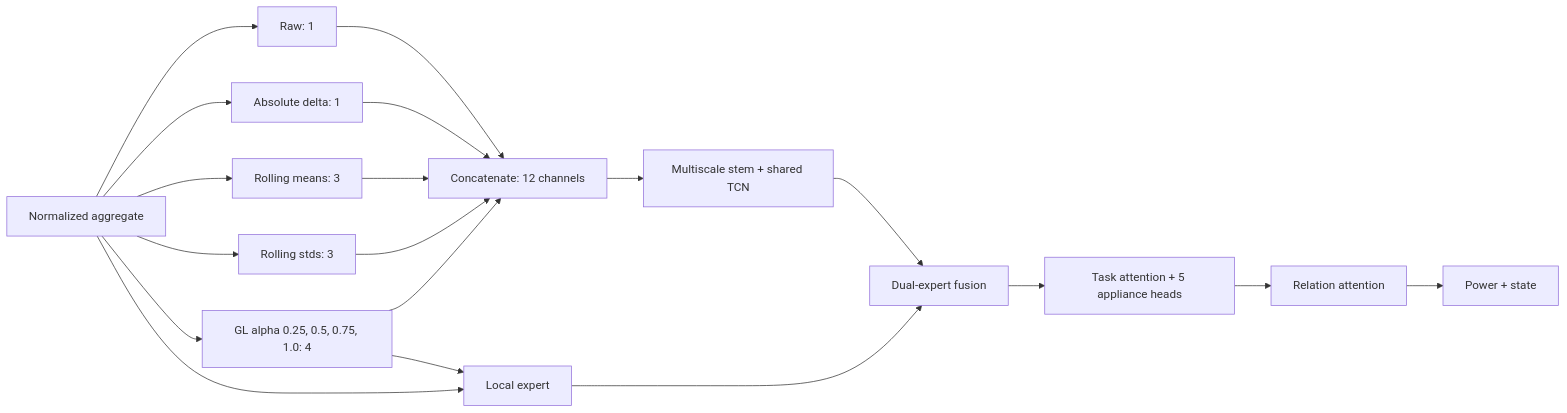
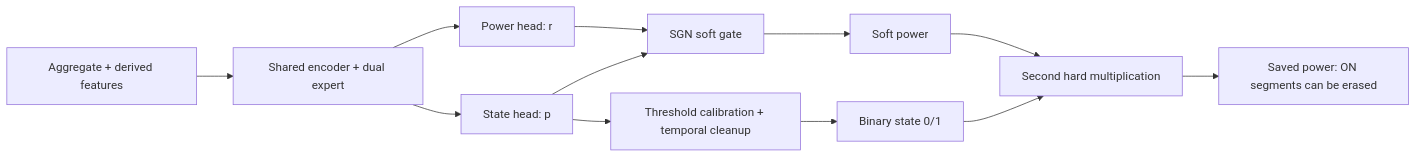
The first of 2 diagrams in multi_appliances_NILM/docs/multinilm_local_contrast_change.md (rtie2002/high_low_freq_NILM), drawn with Mermaid before and after one commit. The commit also changed other lines of this file and 5 other files, not shown here.

````diff
--- a/multi_appliances_NILM/docs/multinilm_local_contrast_change.md
+++ b/multi_appliances_NILM/docs/multinilm_local_contrast_change.md
@@ -82,21 +78,14 @@
 ```mermaid
 flowchart LR
-    X[Normalized aggregate] --> RAW[Raw: 1]
-    X --> AD[Absolute delta: 1]
-    X --> RM[Rolling means: 3]
-    X --> RS[Rolling stds: 3]
-    X --> GL[GL alpha 0.25, 0.5, 0.75, 1.0: 4]
-    RAW --> CAT[Concatenate: 12 channels]
-    AD --> CAT
-    RM --> CAT
-    RS --> CAT
-    GL --> CAT
-    CAT --> SHARED[Multiscale stem + shared TCN]
-    X --> LOCAL[Local expert]
-    GL --> LOCAL
-    SHARED --> FUSE[Dual-expert fusion]
-    LOCAL --> FUSE
-    FUSE --> HEADS[Task attention + 5 appliance heads]
-    HEADS --> REL[Relation attention]
-    REL --> OUT[Power + state]
+    X[Aggregate + derived features] --> E[Shared encoder + dual expert]
+    E --> R[Power head: r]
+    E --> S[State head: p]
+    R --> SG[SGN soft gate]
+    S --> SG
+    SG --> YS[Soft power]
+    S --> C[Threshold calibration + temporal cleanup]
+    C --> Z[Binary state 0/1]
+    YS --> HG[Second hard multiplication]
+    Z --> HG
+    HG --> OLD[Saved power: ON segments can be erased]
 ```
````
